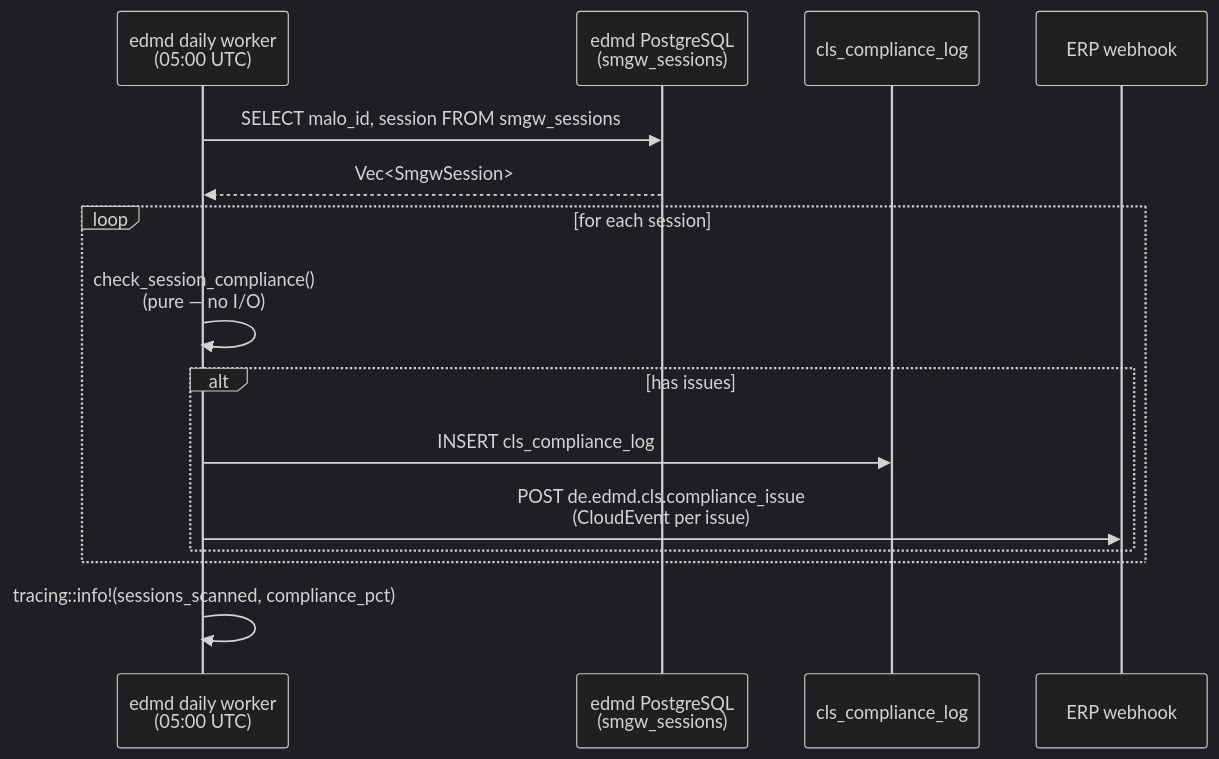
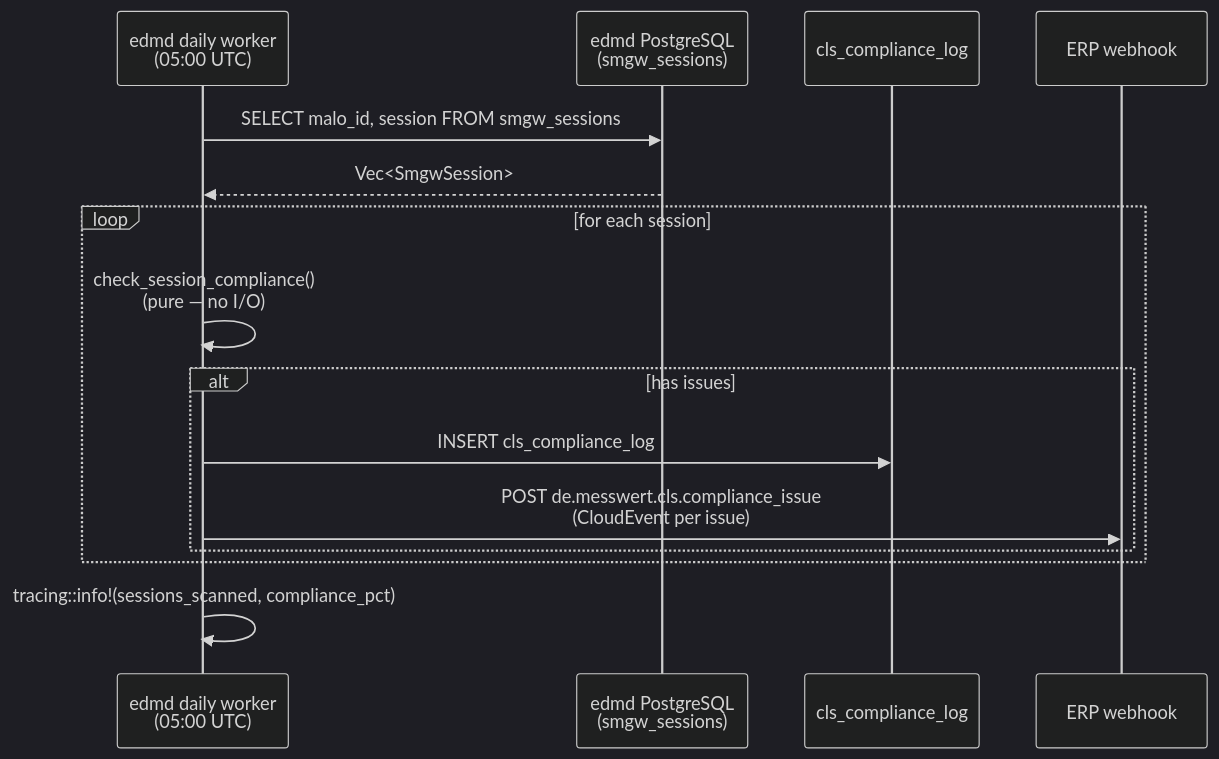
The fourth of 4 diagrams in docs/edmd.md (hupe1980/mako), drawn with Mermaid (dark theme) before and after one commit. The commit also changed other lines of this file and 391 other files, not shown here.

````diff
--- a/docs/edmd.md
+++ b/docs/edmd.md
@@ -1858,18 +1858,18 @@
 ```mermaid
 sequenceDiagram
     participant Worker as edmd daily worker<br/>(05:00 UTC)
     participant DB as edmd PostgreSQL<br/>(smgw_sessions)
     participant Log as cls_compliance_log
     participant ERP as ERP webhook
 
     Worker->>DB: SELECT malo_id, session FROM smgw_sessions
     DB-->>Worker: Vec<SmgwSession>
     loop for each session
         Worker->>Worker: check_session_compliance()<br/>(pure — no I/O)
         alt has issues
             Worker->>Log: INSERT cls_compliance_log
-            Worker->>ERP: POST de.edmd.cls.compliance_issue<br/>(CloudEvent per issue)
+            Worker->>ERP: POST de.messwert.cls.compliance_issue<br/>(CloudEvent per issue)
         end
     end
     Worker->>Worker: tracing::info!(sessions_scanned, compliance_pct)
 ```
````
